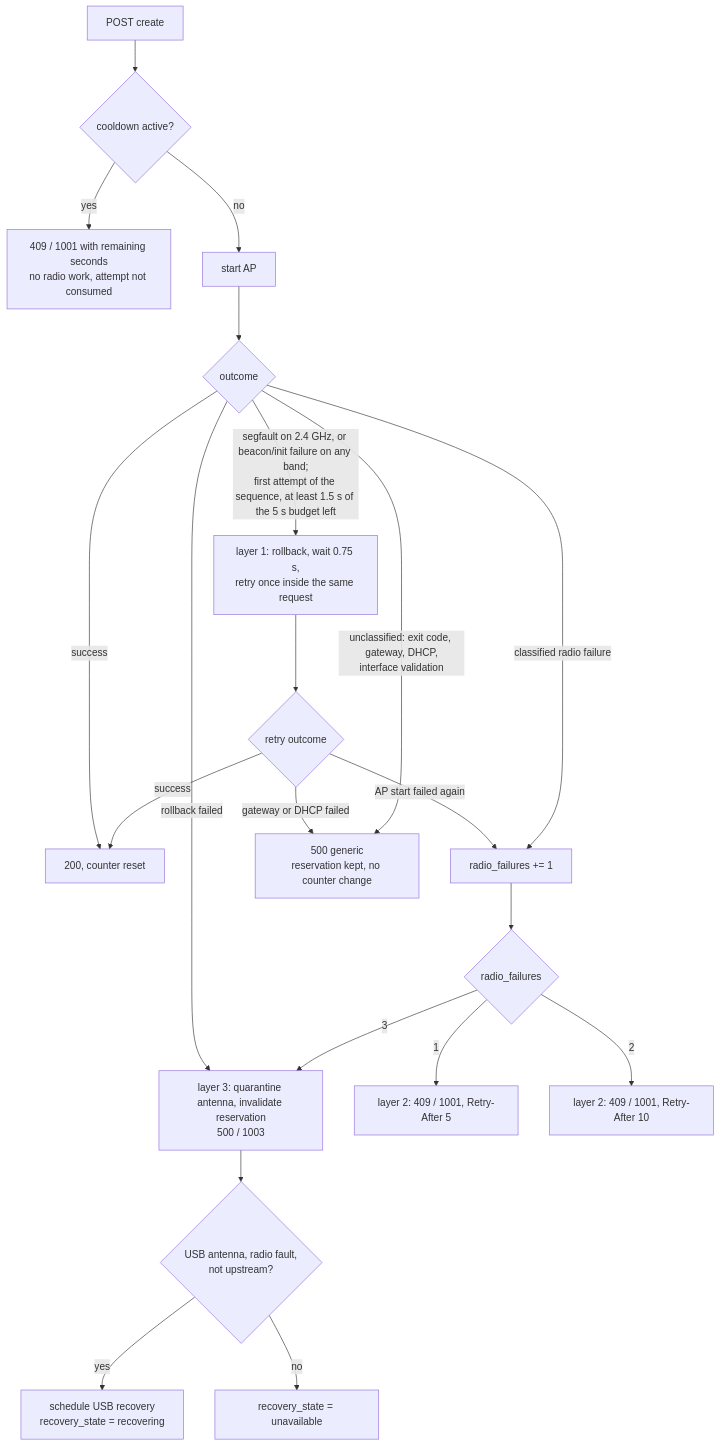
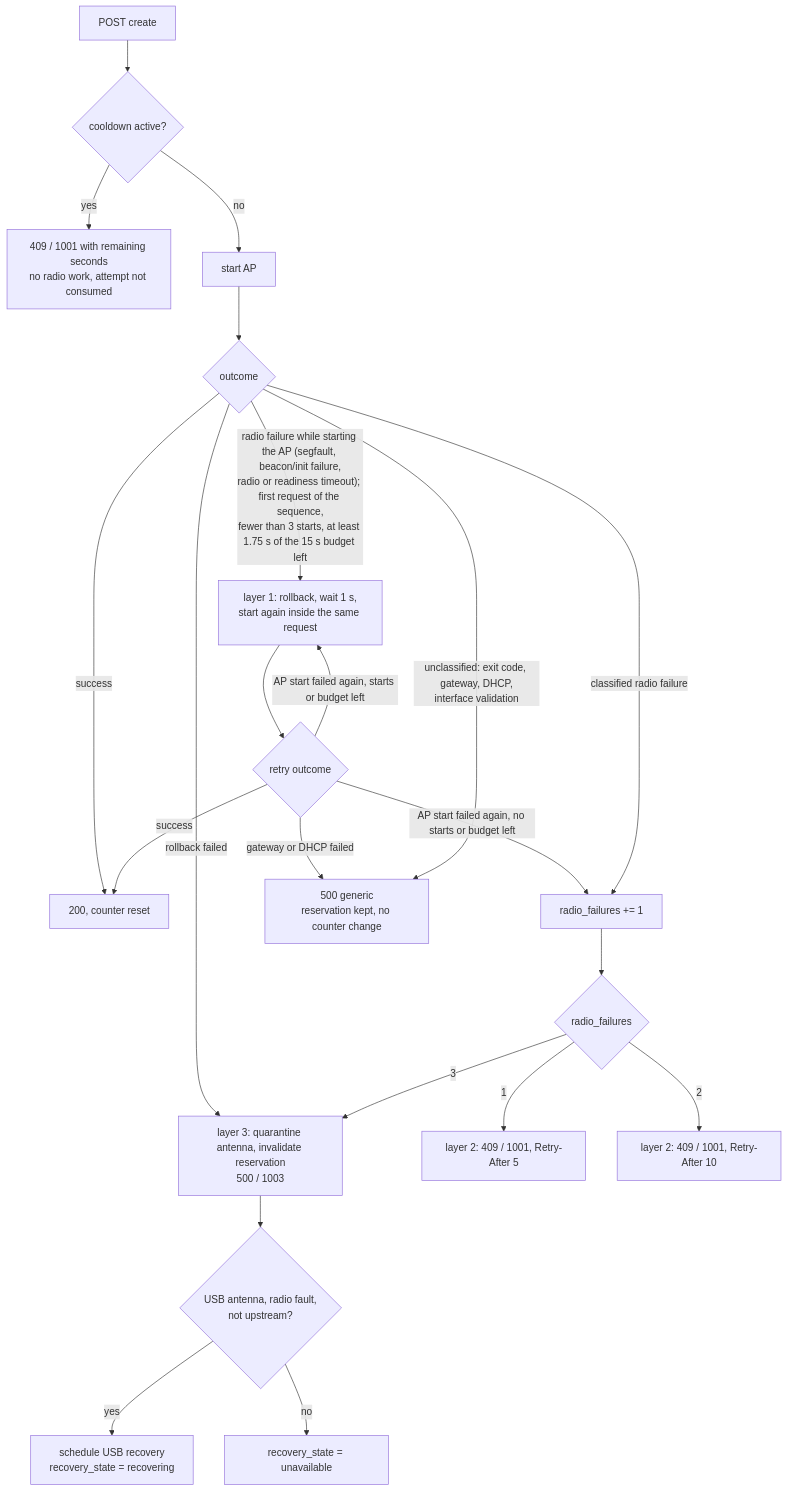
One commit to caporalesimone/wi-lab changed the tenth of 13 diagrams in docs/architecture.md. Above: the diagram before and after it, drawn with Mermaid. The commit also changed other lines of this file and 6 other files, not shown here.

First line of the commit message:
fix(network): retry transient radio failures inside the create request

````diff
--- a/docs/architecture.md
+++ b/docs/architecture.md
@@ -492,23 +492,24 @@
 ```mermaid
 flowchart TD
     S["POST create"] --> CD{"cooldown active?"}
     CD -->|yes| R0["409 / 1001 with remaining seconds<br/>no radio work, attempt not consumed"]
     CD -->|no| ST["start AP"]
     ST --> OUT{"outcome"}
     OUT -->|success| OK["200, counter reset"]
-    OUT -->|"segfault on 2.4 GHz, or beacon/init failure on any band;<br/>first attempt of the sequence, at least 1.5 s of the 5 s budget left"| IR["layer 1: rollback, wait 0.75 s,<br/>retry once inside the same request"]
+    OUT -->|"radio failure while starting the AP (segfault, beacon/init failure,<br/>radio or readiness timeout); first request of the sequence,<br/>fewer than 3 starts, at least 1.75 s of the 15 s budget left"| IR["layer 1: rollback, wait 1 s,<br/>start again inside the same request"]
     IR --> OUT2{"retry outcome"}
     OUT2 -->|success| OK
-    OUT2 -->|"AP start failed again"| CL
+    OUT2 -->|"AP start failed again, starts or budget left"| IR
+    OUT2 -->|"AP start failed again, no starts or budget left"| CL
     OUT2 -->|"gateway or DHCP failed"| G
     OUT -->|"unclassified: exit code, gateway, DHCP,<br/>interface validation"| G["500 generic<br/>reservation kept, no counter change"]
     OUT -->|classified radio failure| CL["radio_failures += 1"]
     OUT -->|rollback failed| Q
     CL --> N{"radio_failures"}
     N -->|1| R5["layer 2: 409 / 1001, Retry-After 5"]
     N -->|2| R10["layer 2: 409 / 1001, Retry-After 10"]
     N -->|3| Q["layer 3: quarantine antenna, invalidate reservation<br/>500 / 1003"]
     Q --> U{"USB antenna, radio fault,<br/>not upstream?"}
     U -->|yes| REC["schedule USB recovery<br/>recovery_state = recovering"]
     U -->|no| UN["recovery_state = unavailable"]
 ```
````
